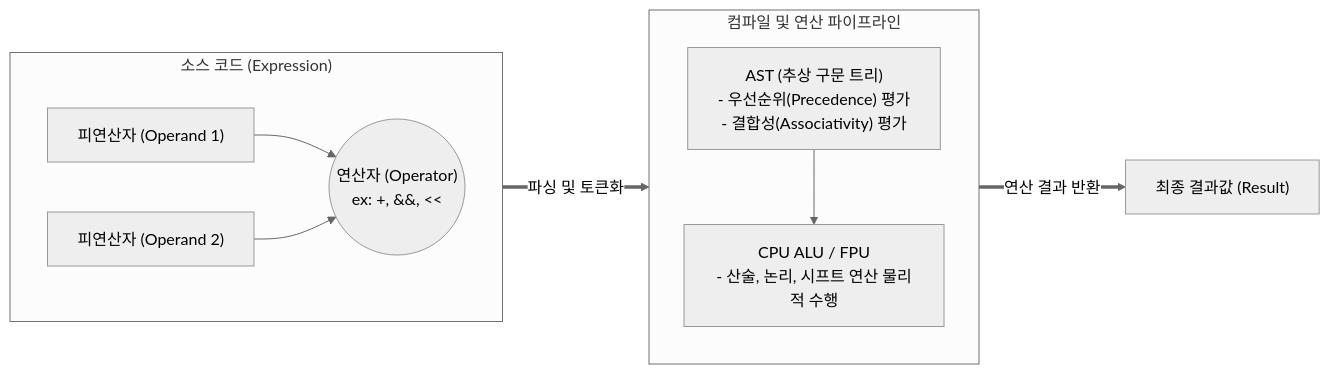
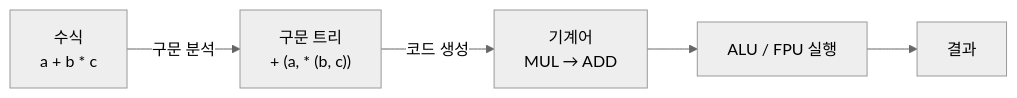
The diagram in content/01_IT Tech/연산자.md (supremethumb/supremethumb.github.io), drawn with Mermaid (neutral theme) before and after one commit. The commit also changed other lines of this file and 1087 other files, not shown here.

````diff
--- a/content/01_IT Tech/연산자.md
+++ b/content/01_IT Tech/연산자.md
@@ -27,22 +34,6 @@
 ```mermaid
 flowchart LR
-    subgraph Source_Code ["소스 코드 (Expression)"]
-        direction LR
-        Operand1["피연산자 (Operand 1)"]
-        Op(("연산자 (Operator)<br/>ex: +, &&, <<"))
-        Operand2["피연산자 (Operand 2)"]
-        Operand1 --> Op
-        Operand2 --> Op
-    end
-
-    subgraph Compiler_Pipeline ["컴파일 및 연산 파이프라인"]
-        direction TB
-        AST["AST (추상 구문 트리)<br/>- 우선순위(Precedence) 평가<br/>- 결합성(Associativity) 평가"]
-        ALU["CPU ALU / FPU<br/>- 산술, 논리, 시프트 연산 물리적 수행"]
-        AST --> ALU
-    end
-
-    Op ==>|"파싱 및 토큰화"| AST
-    ALU ==>|"연산 결과 반환"| Result["최종 결과값 (Result)"]
-
+    SRC["수식<br/>a + b * c"] -- "구문 분석" --> AST["구문 트리<br/>+ (a, * (b, c))"]
+    AST -- "코드 생성" --> ISA["기계어<br/>MUL → ADD"]
+    ISA --> ALU["ALU / FPU 실행"] --> R["결과"]
 ```
````
